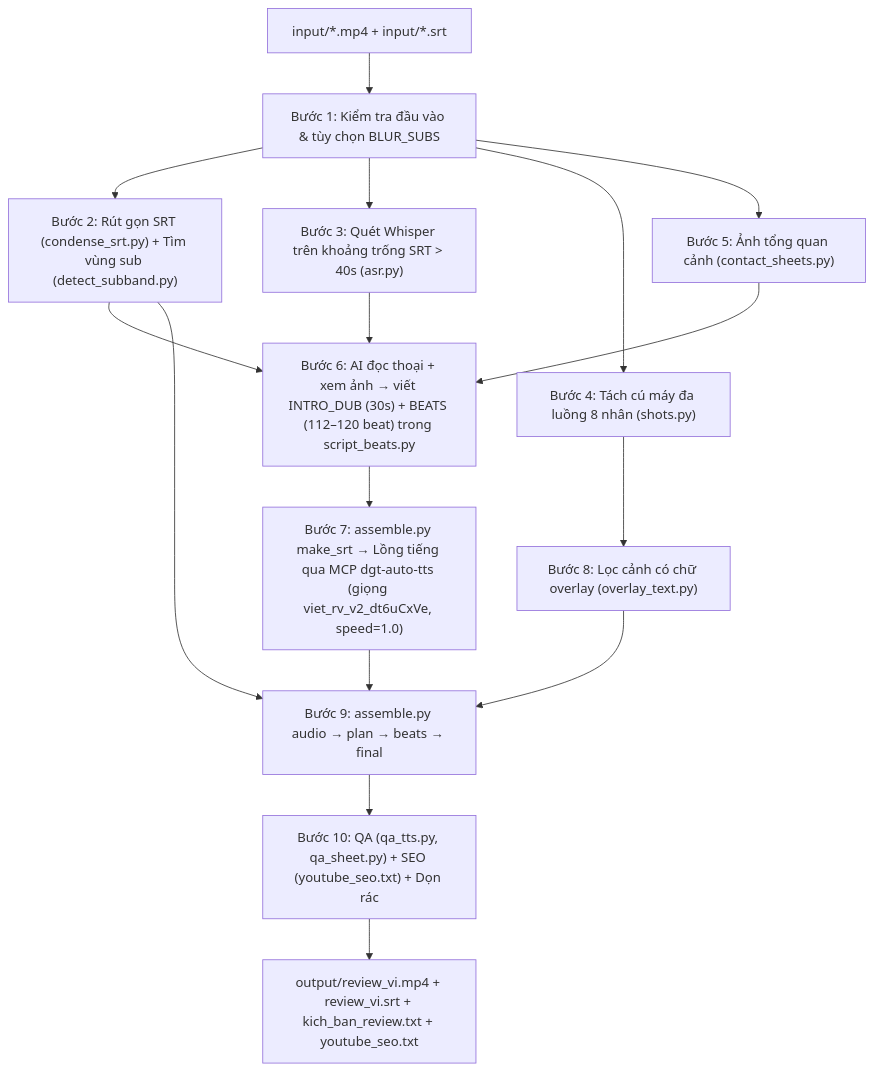
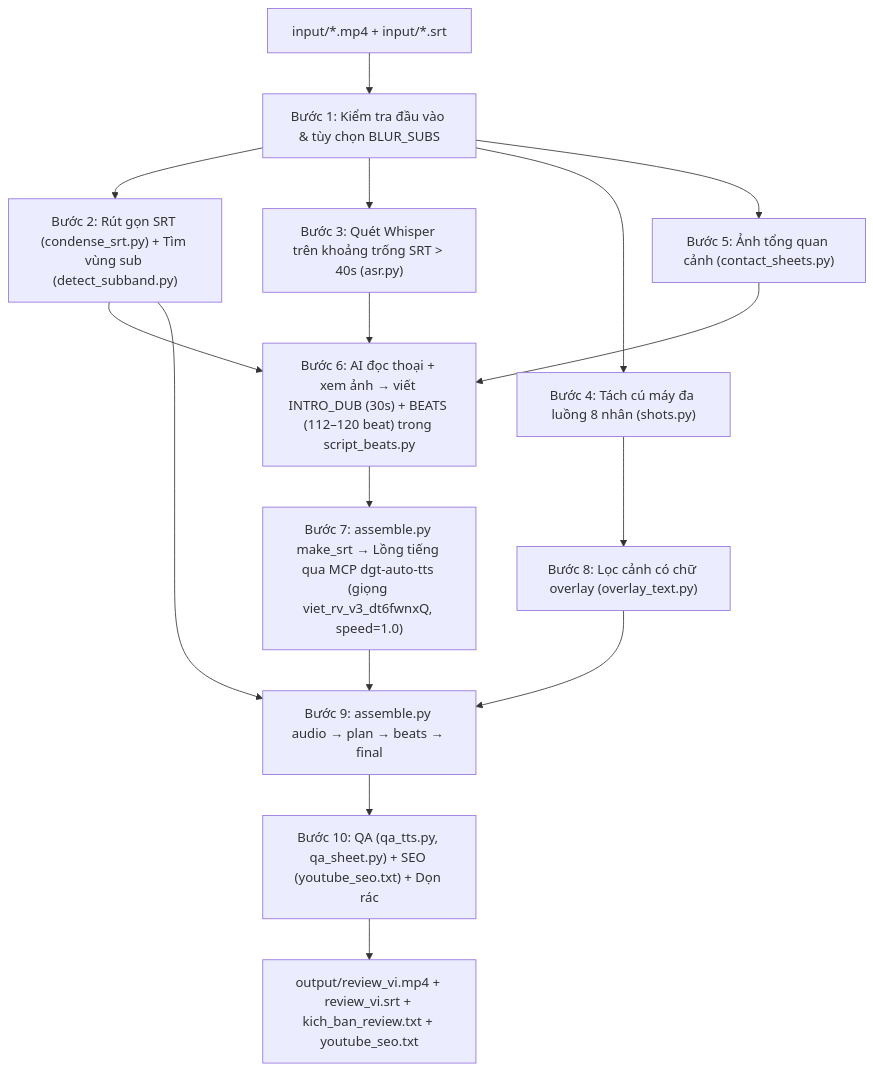
Before and after one commit to toiladat/review_phim-: the first of 2 diagrams in README.md, drawn with Mermaid. The commit also changed other lines of this file and 3 other files, not shown here.

Commit message:
chore(tts): lock voice to viet_rv_v3 (voice_sample_v3.mp3) with split-clauses workflow

````diff
--- a/README.md
+++ b/README.md
@@ -34,18 +34,18 @@
 ```mermaid
 flowchart TD
     A["input/*.mp4 + input/*.srt"] --> B["Bước 1: Kiểm tra đầu vào & tùy chọn BLUR_SUBS"]
     B --> C["Bước 2: Rút gọn SRT (condense_srt.py) + Tìm vùng sub (detect_subband.py)"]
     B --> D["Bước 3: Quét Whisper trên khoảng trống SRT > 40s (asr.py)"]
     B --> E["Bước 4: Tách cú máy đa luồng 8 nhân (shots.py)"]
     B --> G["Bước 5: Ảnh tổng quan cảnh (contact_sheets.py)"]
     C --> H["Bước 6: AI đọc thoại + xem ảnh → viết INTRO_DUB (30s) + BEATS (112–120 beat) trong script_beats.py"]
     D --> H
     G --> H
-    H --> I["Bước 7: assemble.py make_srt → Lồng tiếng qua MCP dgt-auto-tts (giọng viet_rv_v2_dt6uCxVe, speed=1.0)"]
+    H --> I["Bước 7: assemble.py make_srt → Lồng tiếng qua MCP dgt-auto-tts (giọng viet_rv_v3_dt6fwnxQ, speed=1.0)"]
     E --> J["Bước 8: Lọc cảnh có chữ overlay (overlay_text.py)"]
     I --> K["Bước 9: assemble.py audio → plan → beats → final"]
     J --> K
     C --> K
     K --> L["Bước 10: QA (qa_tts.py, qa_sheet.py) + SEO (youtube_seo.txt) + Dọn rác"]
     L --> M["output/review_vi.mp4 + review_vi.srt + kich_ban_review.txt + youtube_seo.txt"]
 ```
````
